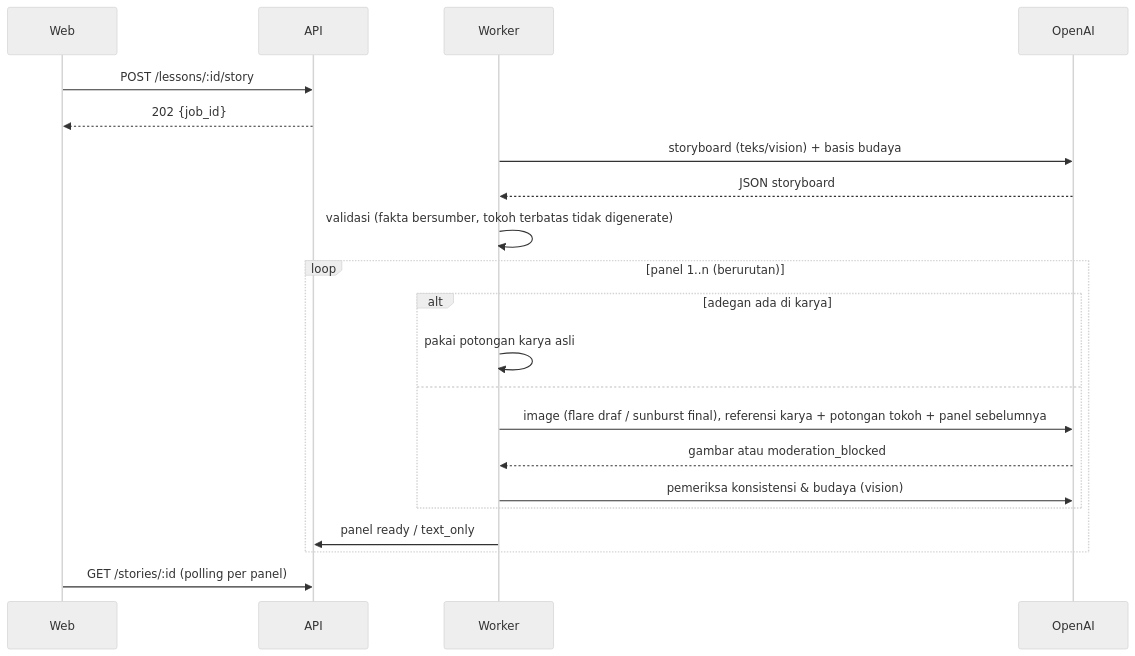
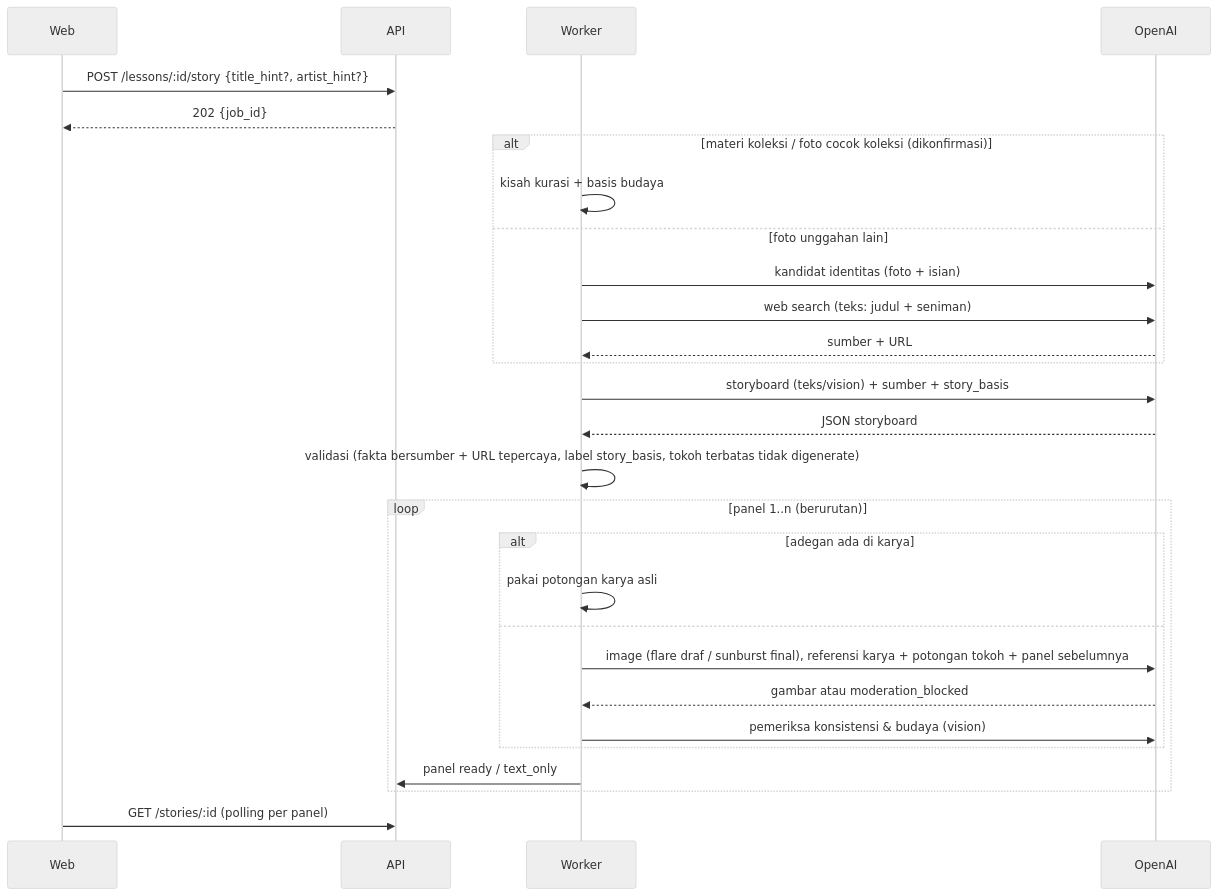
The eighth of 10 diagrams in SYSTEM_ARCHITECTURE.md (iqbalvrd/Rerupa), drawn with Mermaid (neutral theme) before and after one commit. The commit also changed 2 other files, not shown here.

Commit message:
Rencana Fase 8: storyline untuk koleksi dan foto unggahan
- Sumber kisah berlapis: kurasi koleksi -> cocok koleksi (dikonfirmasi pengguna) -> isian judul/seniman -> pencarian sumber web (teks saja)
- Klaim fakta hanya dengan sumber tepercaya + URL; label story_basis tampil di storyline (Kisah bersumber / Berdasarkan info dari kamu / Interpretasi AI)
- PRD (F15, FR16, kondisi alternatif, aturan storyline, endpoint, batas), RENCANA 4.8, diagram arsitektur 6.5

````diff
--- a/SYSTEM_ARCHITECTURE.md
+++ b/SYSTEM_ARCHITECTURE.md
@@ -338,24 +338,31 @@
 ```mermaid
 sequenceDiagram
     participant W as Web
     participant A as API
     participant K as Worker
     participant O as OpenAI
 
-    W->>A: POST /lessons/:id/story
+    W->>A: POST /lessons/:id/story {title_hint?, artist_hint?}
     A-->>W: 202 {job_id}
-    K->>O: storyboard (teks/vision) + basis budaya
+    alt materi koleksi / foto cocok koleksi (dikonfirmasi)
+        K->>K: kisah kurasi + basis budaya
+    else foto unggahan lain
+        K->>O: kandidat identitas (foto + isian)
+        K->>O: web search (teks: judul + seniman)
+        O-->>K: sumber + URL
+    end
+    K->>O: storyboard (teks/vision) + sumber + story_basis
     O-->>K: JSON storyboard
-    K->>K: validasi (fakta bersumber, tokoh terbatas tidak digenerate)
+    K->>K: validasi (fakta bersumber + URL tepercaya, label story_basis, tokoh terbatas tidak digenerate)
     loop panel 1..n (berurutan)
         alt adegan ada di karya
             K->>K: pakai potongan karya asli
         else
             K->>O: image (flare draf / sunburst final), referensi karya + potongan tokoh + panel sebelumnya
             O-->>K: gambar atau moderation_blocked
             K->>O: pemeriksa konsistensi & budaya (vision)
         end
         K->>A: panel ready / text_only
     end
     W->>A: GET /stories/:id (polling per panel)
 ```
````
